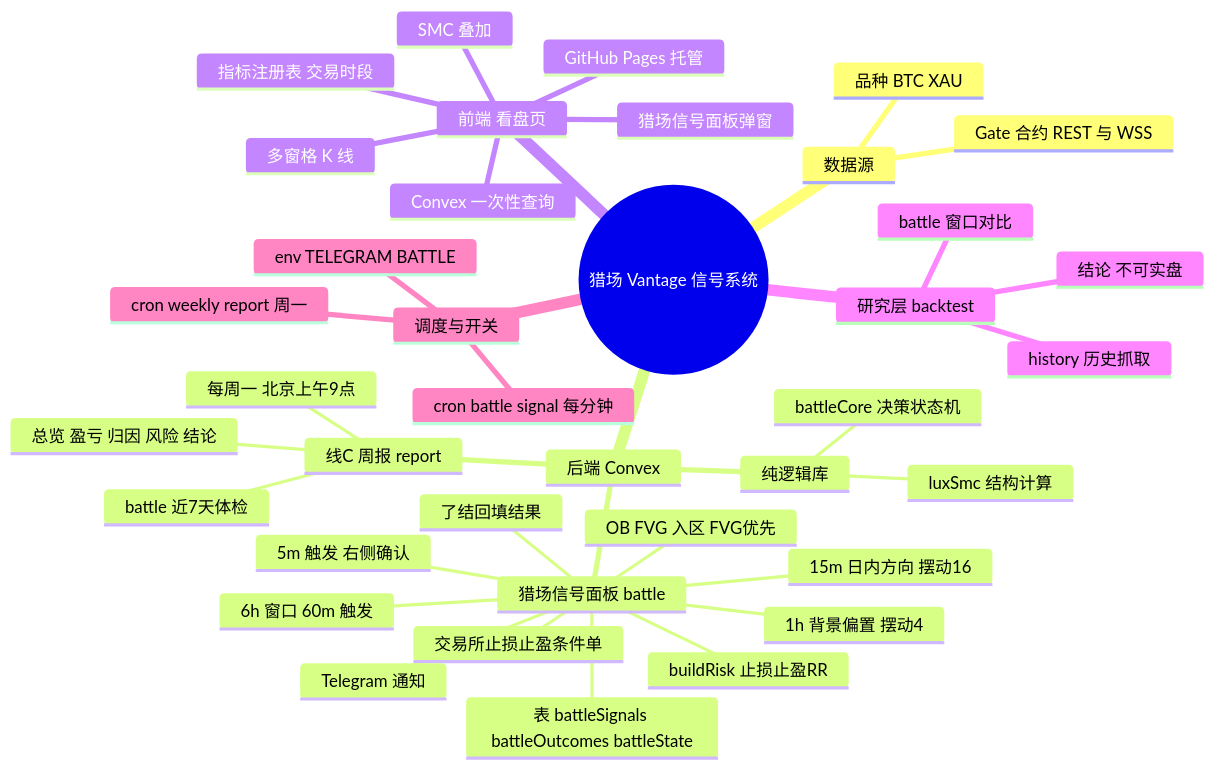
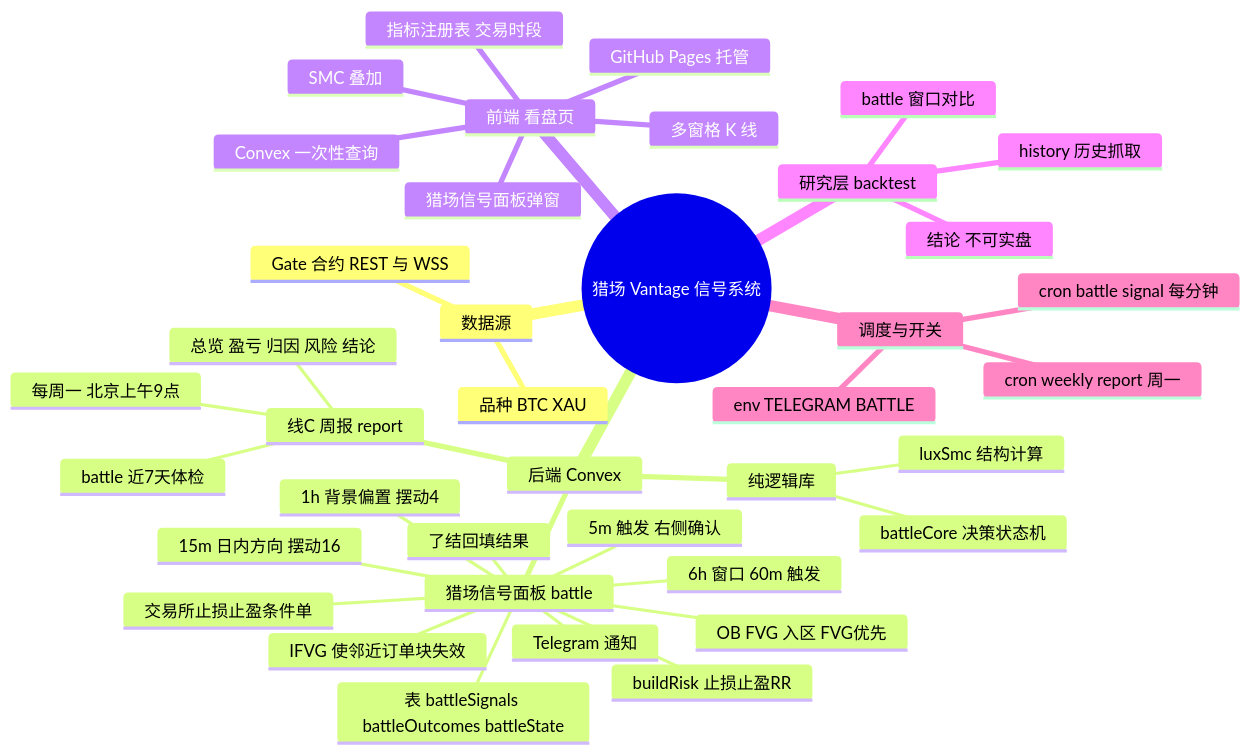
Before and after one commit to wond03/market-alert: the diagram in docs/business-logic/README.md, drawn with Mermaid. The commit also changed other lines of this file and 1 other file, not shown here.

Commit message:
feat(battle): IFVG 出现时邻近订单块失效 Co-authored-by: monkeycode-ai <monkeycode-ai@chaitin.com>

````diff
--- a/docs/business-logic/README.md
+++ b/docs/business-logic/README.md
@@ -8,41 +8,42 @@
 ```mermaid
 mindmap
   root((猎场 Vantage 信号系统))
     数据源
       Gate 合约 REST 与 WSS
       品种 BTC XAU
     后端 Convex
       猎场信号面板 battle
         1h 背景偏置 摆动4
         15m 日内方向 摆动16
         OB FVG 入区 FVG优先
+        IFVG 使邻近订单块失效
         6h 窗口 60m 触发
         5m 触发 右侧确认
         buildRisk 止损止盈RR
         交易所止损止盈条件单
         表 battleSignals battleOutcomes battleState
         了结回填结果
         Telegram 通知
       线C 周报 report
         每周一 北京上午9点
         battle 近7天体检
         总览 盈亏 归因 风险 结论
       纯逻辑库
         luxSmc 结构计算
         battleCore 决策状态机
     前端 看盘页
       多窗格 K 线
       SMC 叠加
       指标注册表 交易时段
       猎场信号面板弹窗
       Convex 一次性查询
       GitHub Pages 托管
     研究层 backtest
       battle 窗口对比
       history 历史抓取
       结论 不可实盘
     调度与开关
       cron battle signal 每分钟
       cron weekly report 周一
       env TELEGRAM BATTLE
 ```
````
